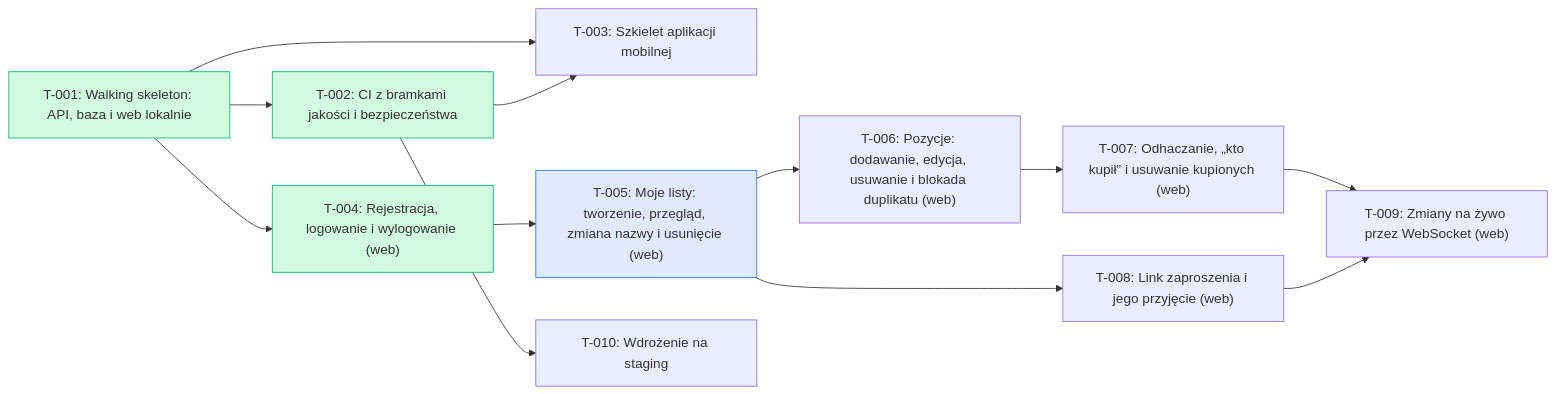
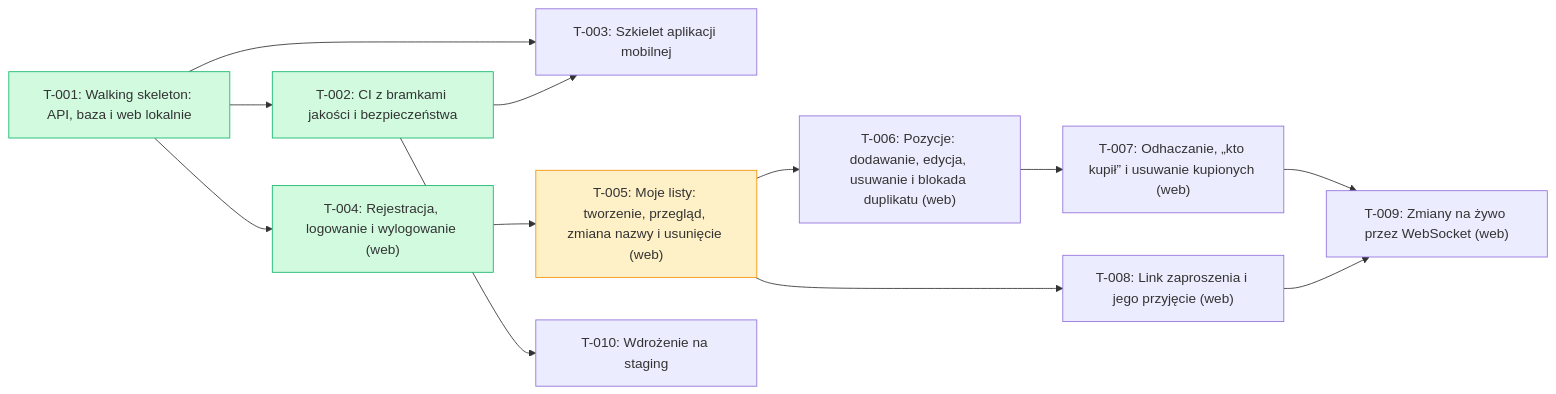
Before and after one commit to tombraz/lista-zakupow: the diagram in docs/backlog/index.md, drawn with Mermaid. The commit also changed other lines of this file and 1 other file, not shown here.

````diff
--- a/docs/backlog/index.md
+++ b/docs/backlog/index.md
@@ -18,28 +18,28 @@
 ```mermaid
 flowchart LR
   T_001["T-001: Walking skeleton: API, baza i web lokalnie"]:::done
   T_002["T-002: CI z bramkami jakości i bezpieczeństwa"]:::done
   T_003["T-003: Szkielet aplikacji mobilnej"]
   T_004["T-004: Rejestracja, logowanie i wylogowanie (web)"]:::done
-  T_005["T-005: Moje listy: tworzenie, przegląd, zmiana nazwy i usunięcie (web)"]:::qa
+  T_005["T-005: Moje listy: tworzenie, przegląd, zmiana nazwy i usunięcie (web)"]:::wip
   T_006["T-006: Pozycje: dodawanie, edycja, usuwanie i blokada duplikatu (web)"]
   T_007["T-007: Odhaczanie, „kto kupił” i usuwanie kupionych (web)"]
   T_008["T-008: Link zaproszenia i jego przyjęcie (web)"]
   T_009["T-009: Zmiany na żywo przez WebSocket (web)"]
   T_010["T-010: Wdrożenie na staging"]
   T_001 --> T_002
   T_001 --> T_003
   T_002 --> T_003
   T_001 --> T_004
   T_004 --> T_005
   T_005 --> T_006
   T_006 --> T_007
   T_005 --> T_008
   T_007 --> T_009
   T_008 --> T_009
   T_002 --> T_010
   classDef done fill:#d1fadf,stroke:#12b76a
   classDef wip fill:#fef0c7,stroke:#f79009
   classDef qa fill:#e0eaff,stroke:#2970ff
   classDef blocked fill:#fee4e2,stroke:#f04438
 ```
````
